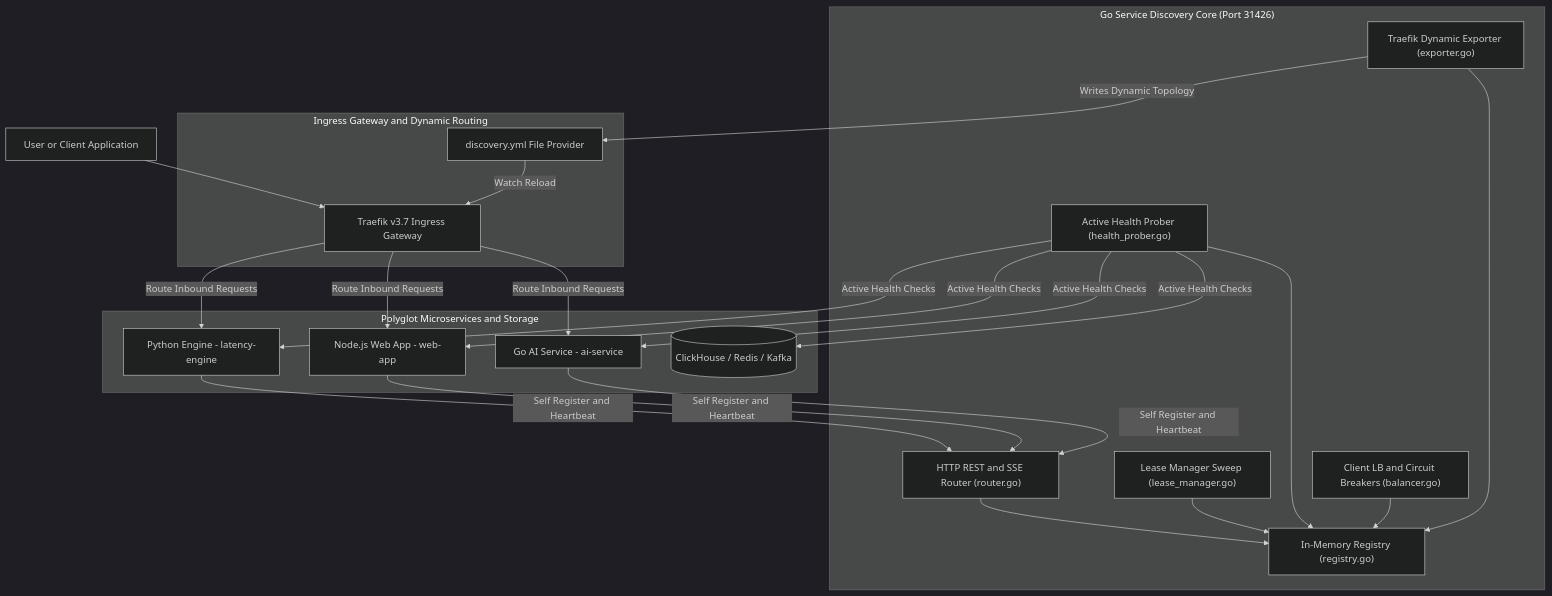
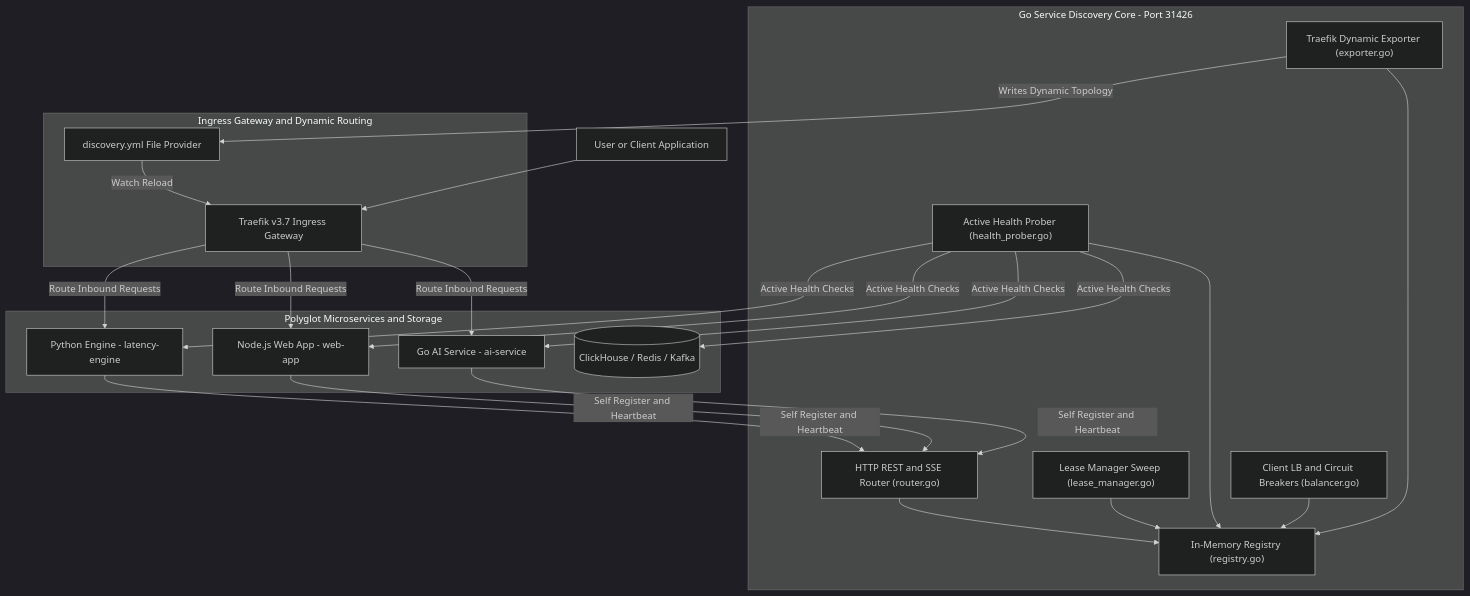
Before and after one commit to Chief-Strategist-J/llm-observability-platform: the first of 6 diagrams in packages/configs/llm-obs-infra/docs/architectureDoc/adr-0009-service-registry-and-discovery.md, drawn with Mermaid (dark theme). The commit also changed other lines of this file, not shown here.

Commit message:
fix(docs): refactor lease sweep flowchart to pure DAG in ADR-0009 to fix Dagre distance rendering error

````diff
--- a/packages/configs/llm-obs-infra/docs/architectureDoc/adr-0009-service-registry-and-discovery.md
+++ b/packages/configs/llm-obs-infra/docs/architectureDoc/adr-0009-service-registry-and-discovery.md
@@ -67,47 +67,47 @@
 ```mermaid
 graph TD
-    User["User or Client Application"] --> Traefik["Traefik v3.7 Ingress Gateway"]
-
     subgraph IngressGateway["Ingress Gateway and Dynamic Routing"]
-        Traefik
+        Traefik["Traefik v3.7 Ingress Gateway"]
         DynFile["discovery.yml File Provider"]
         DynFile -->|"Watch Reload"| Traefik
     end
 
-    subgraph ServiceRegistry["Go Service Discovery Core (Port 31426)"]
+    User["User or Client Application"] --> Traefik
+
+    subgraph ServiceRegistry["Go Service Discovery Core - Port 31426"]
         Router["HTTP REST and SSE Router (router.go)"]
         Registry["In-Memory Registry (registry.go)"]
         LeaseMgr["Lease Manager Sweep (lease_manager.go)"]
         HealthProber["Active Health Prober (health_prober.go)"]
         LoadBalancer["Client LB and Circuit Breakers (balancer.go)"]
         Exporter["Traefik Dynamic Exporter (exporter.go)"]
 
         Router --> Registry
         LeaseMgr --> Registry
         HealthProber --> Registry
         LoadBalancer --> Registry
         Exporter --> Registry
     end
 
     subgraph Microservices["Polyglot Microservices and Storage"]
         PyService["Python Engine - latency-engine"]
         NodeService["Node.js Web App - web-app"]
         GoService["Go AI Service - ai-service"]
         InfraDB[("ClickHouse / Redis / Kafka")]
     end
 
     Exporter -->|"Writes Dynamic Topology"| DynFile
     
     PyService -->|"Self Register and Heartbeat"| Router
     NodeService -->|"Self Register and Heartbeat"| Router
     GoService -->|"Self Register and Heartbeat"| Router
 
     HealthProber -->|"Active Health Checks"| PyService
     HealthProber -->|"Active Health Checks"| NodeService
     HealthProber -->|"Active Health Checks"| GoService
     HealthProber -->|"Active Health Checks"| InfraDB
 
     Traefik -->|"Route Inbound Requests"| PyService
     Traefik -->|"Route Inbound Requests"| NodeService
     Traefik -->|"Route Inbound Requests"| GoService
 ```
````
